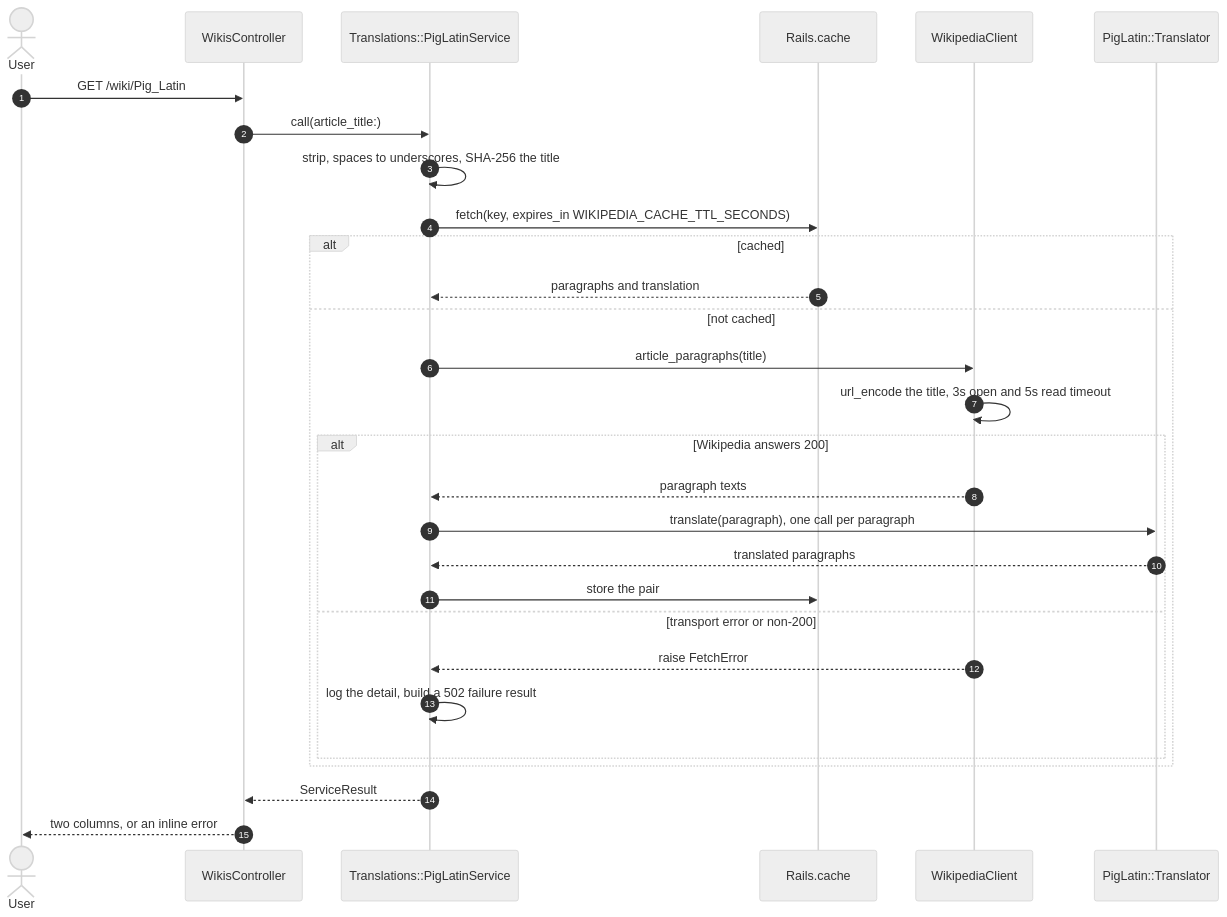
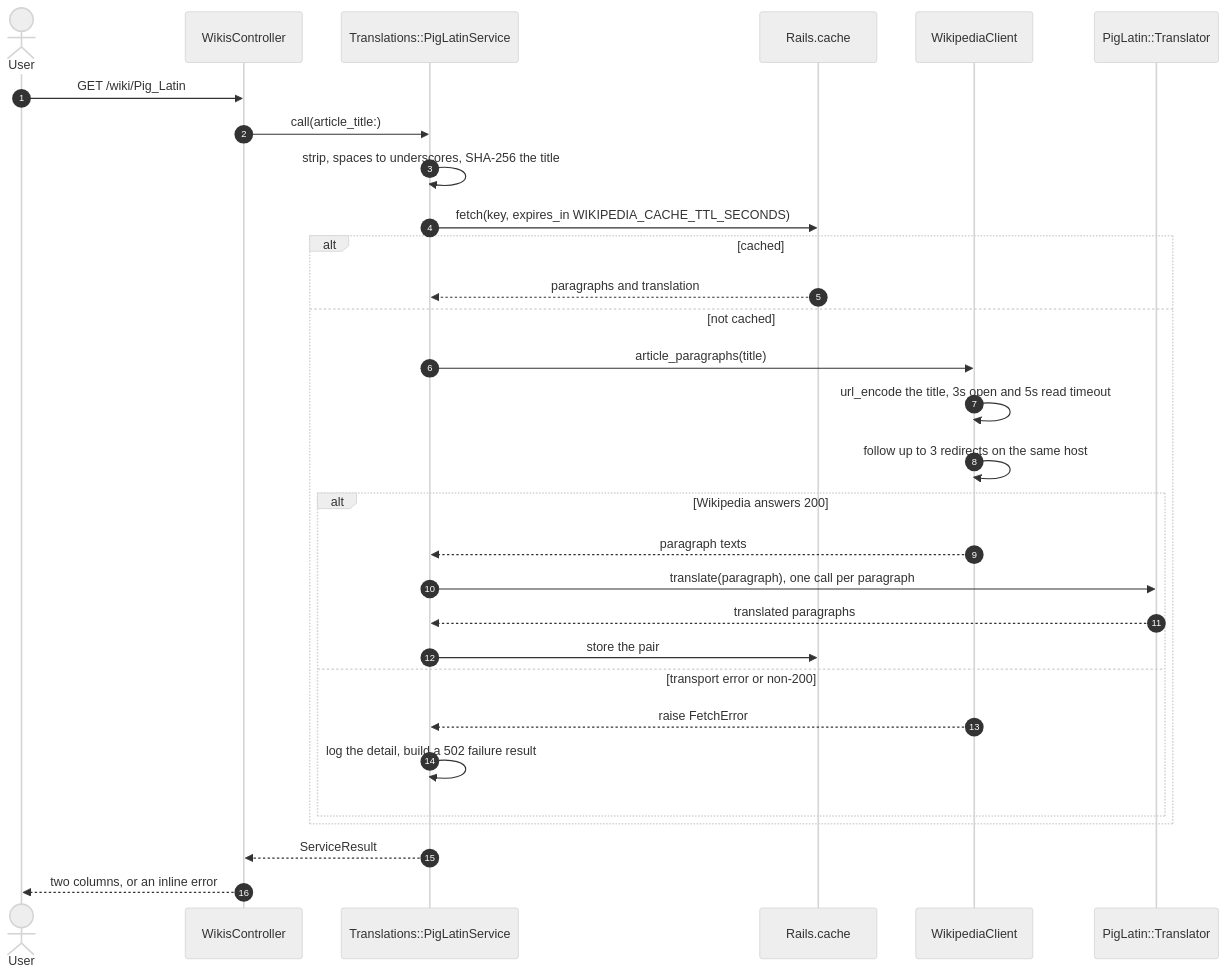
One commit to TCMS31/ftf_assessment changed the diagram in README.md. Above: the diagram before and after it, drawn with Mermaid (neutral theme). The commit also changed other lines of this file and 10 other files, not shown here.

````diff
--- a/README.md
+++ b/README.md
@@ -52,32 +54,33 @@
 ```mermaid
 sequenceDiagram
     autonumber
     actor User
     participant C as WikisController
     participant S as Translations::PigLatinService
     participant K as Rails.cache
     participant W as WikipediaClient
     participant T as PigLatin::Translator
 
     User->>C: GET /wiki/Pig_Latin
     C->>S: call(article_title:)
     S->>S: strip, spaces to underscores, SHA-256 the title
     S->>K: fetch(key, expires_in WIKIPEDIA_CACHE_TTL_SECONDS)
     alt cached
         K-->>S: paragraphs and translation
     else not cached
         S->>W: article_paragraphs(title)
         W->>W: url_encode the title, 3s open and 5s read timeout
+        W->>W: follow up to 3 redirects on the same host
         alt Wikipedia answers 200
             W-->>S: paragraph texts
             S->>T: translate(paragraph), one call per paragraph
             T-->>S: translated paragraphs
             S->>K: store the pair
         else transport error or non-200
             W-->>S: raise FetchError
             S->>S: log the detail, build a 502 failure result
         end
     end
     S-->>C: ServiceResult
     C-->>User: two columns, or an inline error
 ```
````
